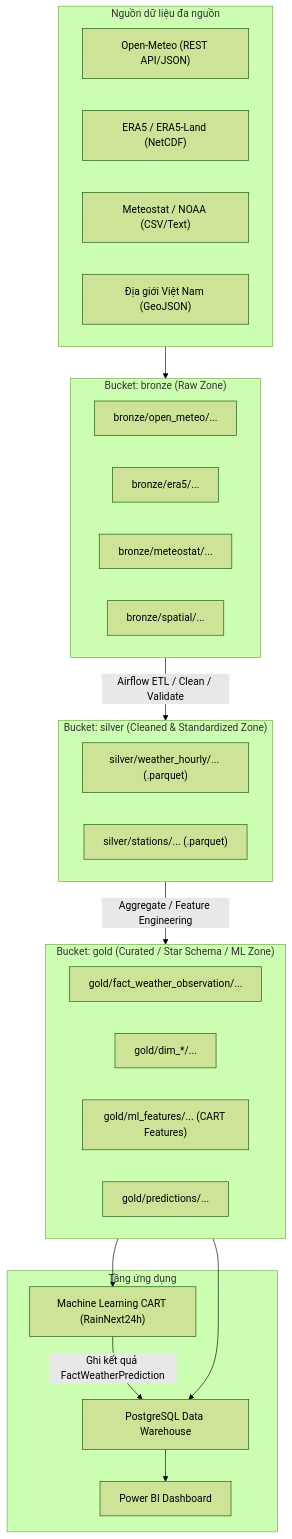
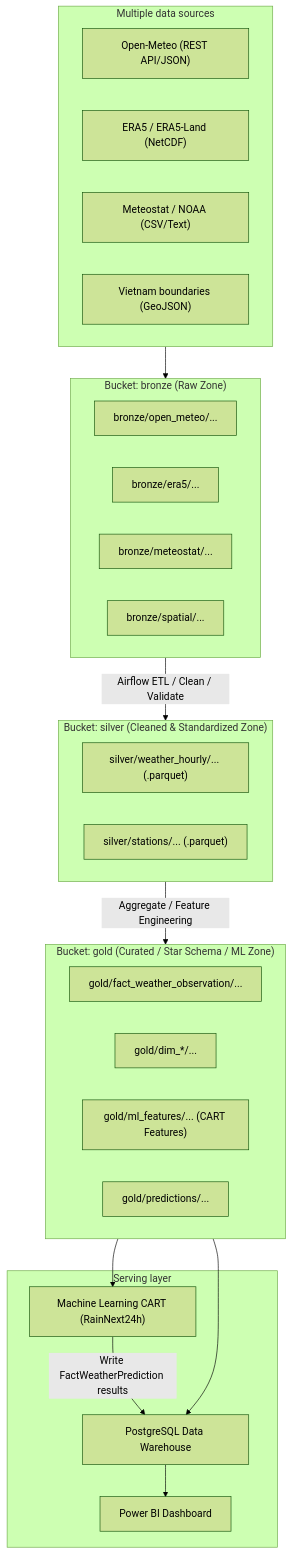
One commit to congdtptit/vietnam-weather-data-warehouse changed the diagram in docs/NAMING_CONVENTIONS.md. Above: the diagram before and after it, drawn with Mermaid (forest theme). The commit also changed other lines of this file and 10 other files, not shown here.

````diff
--- a/docs/NAMING_CONVENTIONS.md
+++ b/docs/NAMING_CONVENTIONS.md
@@ -13,42 +13,42 @@
 ```mermaid
 flowchart TD
-    subgraph Sources["Nguồn dữ liệu đa nguồn"]
+    subgraph Sources["Multiple data sources"]
         S1["Open-Meteo (REST API/JSON)"]
         S2["ERA5 / ERA5-Land (NetCDF)"]
         S3["Meteostat / NOAA (CSV/Text)"]
-        S4["Địa giới Việt Nam (GeoJSON)"]
+        S4["Vietnam boundaries (GeoJSON)"]
     end
 
     subgraph Bronze["Bucket: bronze (Raw Zone)"]
         B1["bronze/open_meteo/..."]
         B2["bronze/era5/..."]
         B3["bronze/meteostat/..."]
         B4["bronze/spatial/..."]
     end
 
     subgraph Silver["Bucket: silver (Cleaned & Standardized Zone)"]
         SV1["silver/weather_hourly/... (.parquet)"]
         SV2["silver/stations/... (.parquet)"]
     end
 
     subgraph Gold["Bucket: gold (Curated / Star Schema / ML Zone)"]
         G1["gold/fact_weather_observation/..."]
         G2["gold/dim_*/..."]
         G3["gold/ml_features/... (CART Features)"]
         G4["gold/predictions/..."]
     end
 
-    subgraph Serving["Tầng ứng dụng"]
+    subgraph Serving["Serving layer"]
         DWH["PostgreSQL Data Warehouse"]
         ML["Machine Learning CART (RainNext24h)"]
         BI["Power BI Dashboard"]
     end
 
     Sources --> Bronze
     Bronze -->|Airflow ETL / Clean / Validate| Silver
     Silver -->|Aggregate / Feature Engineering| Gold
     Gold --> DWH
     Gold --> ML
     DWH --> BI
-    ML -->|Ghi kết quả FactWeatherPrediction| DWH
+    ML -->|Write FactWeatherPrediction results| DWH
 ```
````
